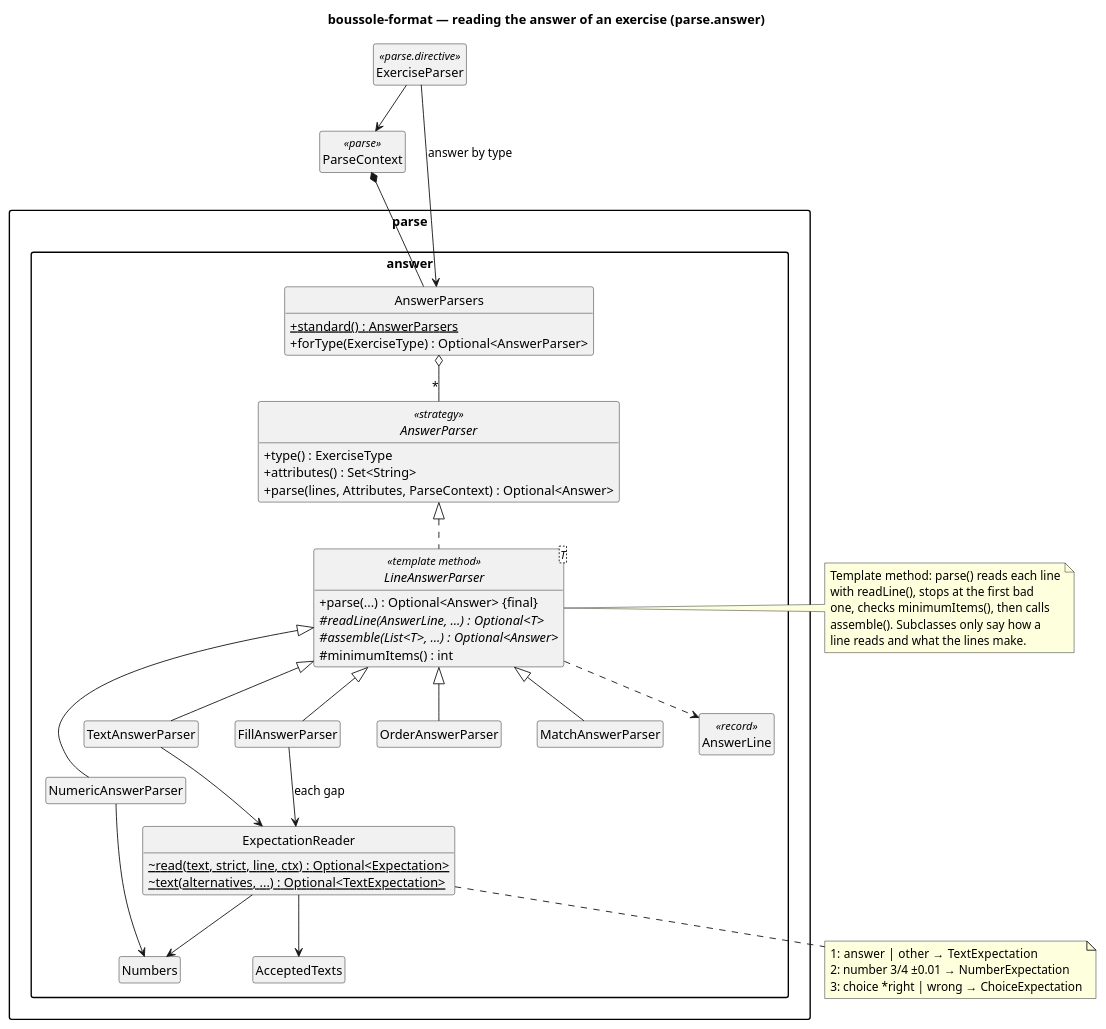
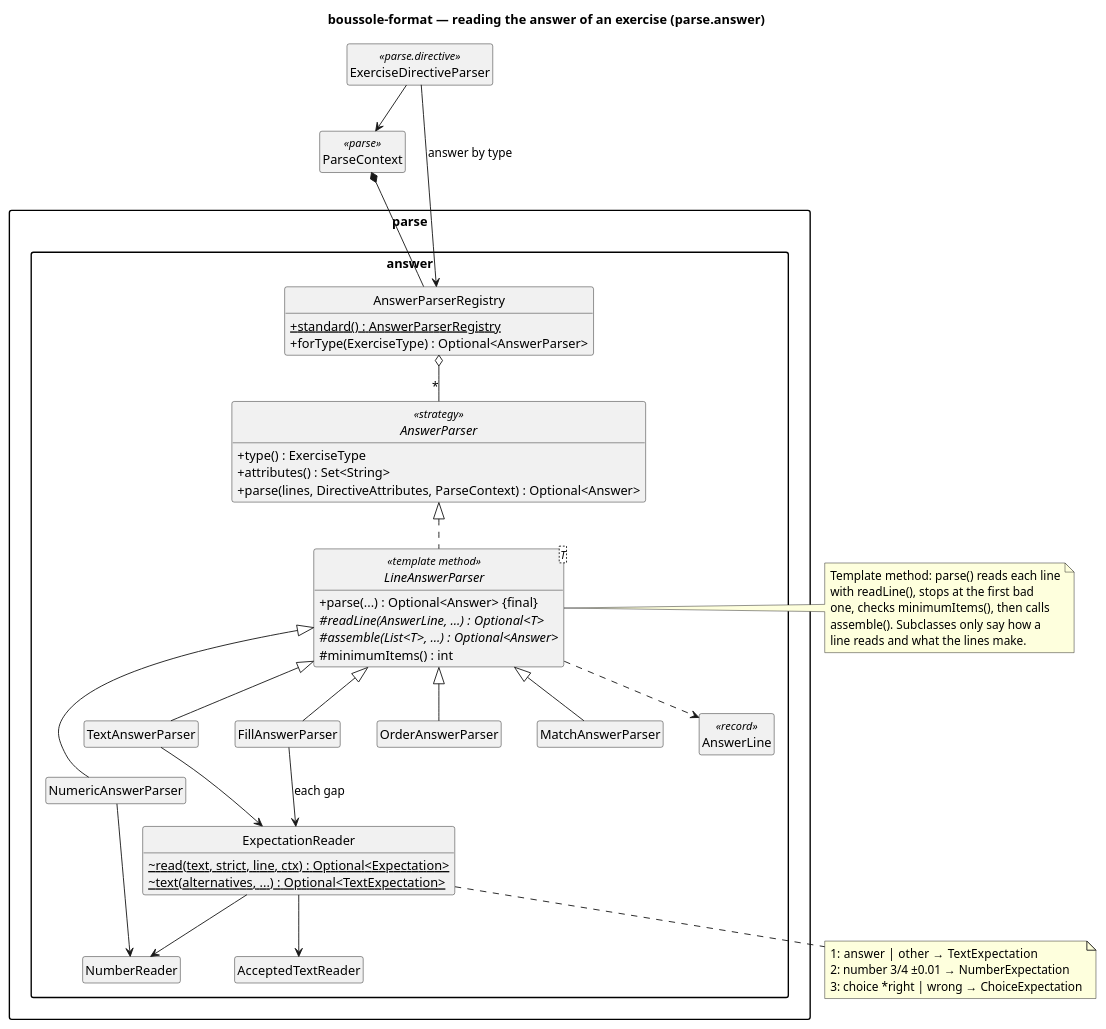
Before and after one commit to lucasssoh/Boussole: the diagram in docs/diagrams/21-parsing-answers.puml, drawn with PlantUML. The commit also changed 213 other files, not shown here.

```diff
--- a/docs/diagrams/21-parsing-answers.puml
+++ b/docs/diagrams/21-parsing-answers.puml
@@ -1,71 +1,71 @@
 @startuml 21-parsing-answers
 skinparam packageStyle rectangle
 skinparam classAttributeIconSize 0
 skinparam nodesep 40
 skinparam ranksep 50
 hide empty members
 hide circle
 title boussole-format — reading the answer of an exercise (parse.answer)
 
-class ExerciseParser <<parse.directive>>
+class ExerciseDirectiveParser <<parse.directive>>
 class ParseContext <<parse>>
 package "parse.answer" {
-  class AnswerParsers {
-    +{static} standard() : AnswerParsers
+  class AnswerParserRegistry {
+    +{static} standard() : AnswerParserRegistry
     +forType(ExerciseType) : Optional<AnswerParser>
   }
   interface AnswerParser <<strategy>> {
     +type() : ExerciseType
     +attributes() : Set<String>
-    +parse(lines, Attributes, ParseContext) : Optional<Answer>
+    +parse(lines, DirectiveAttributes, ParseContext) : Optional<Answer>
   }
   abstract class LineAnswerParser<T> <<template method>> {
     +parse(...) : Optional<Answer> {final}
     #{abstract} readLine(AnswerLine, ...) : Optional<T>
     #{abstract} assemble(List<T>, ...) : Optional<Answer>
     #minimumItems() : int
   }
   class NumericAnswerParser
   class TextAnswerParser
   class FillAnswerParser
   class OrderAnswerParser
   class MatchAnswerParser
   class ExpectationReader {
     ~{static} read(text, strict, line, ctx) : Optional<Expectation>
     ~{static} text(alternatives, ...) : Optional<TextExpectation>
   }
-  class Numbers
-  class AcceptedTexts
+  class NumberReader
+  class AcceptedTextReader
   class AnswerLine <<record>>
 }
 
-ExerciseParser --> ParseContext
-ParseContext *-- AnswerParsers
-ExerciseParser --> AnswerParsers : answer by type
-AnswerParsers o-- "*" AnswerParser
+ExerciseDirectiveParser --> ParseContext
+ParseContext *-- AnswerParserRegistry
+ExerciseDirectiveParser --> AnswerParserRegistry : answer by type
+AnswerParserRegistry o-- "*" AnswerParser
 AnswerParser <|.. LineAnswerParser
 LineAnswerParser <|-- NumericAnswerParser
 LineAnswerParser <|-- TextAnswerParser
 LineAnswerParser <|-- FillAnswerParser
 LineAnswerParser <|-- OrderAnswerParser
 LineAnswerParser <|-- MatchAnswerParser
 LineAnswerParser ..> AnswerLine
 FillAnswerParser --> ExpectationReader : each gap
 TextAnswerParser --> ExpectationReader
-NumericAnswerParser --> Numbers
-ExpectationReader --> Numbers
-ExpectationReader --> AcceptedTexts
+NumericAnswerParser --> NumberReader
+ExpectationReader --> NumberReader
+ExpectationReader --> AcceptedTextReader
 
 note right of LineAnswerParser
   Template method: parse() reads each line
   with readLine(), stops at the first bad
   one, checks minimumItems(), then calls
   assemble(). Subclasses only say how a
   line reads and what the lines make.
 end note
 note bottom of ExpectationReader
   1: answer | other   → TextExpectation
   2: number 3/4 ±0.01 → NumberExpectation
   3: choice *right | wrong → ChoiceExpectation
 end note
 @enduml
```
